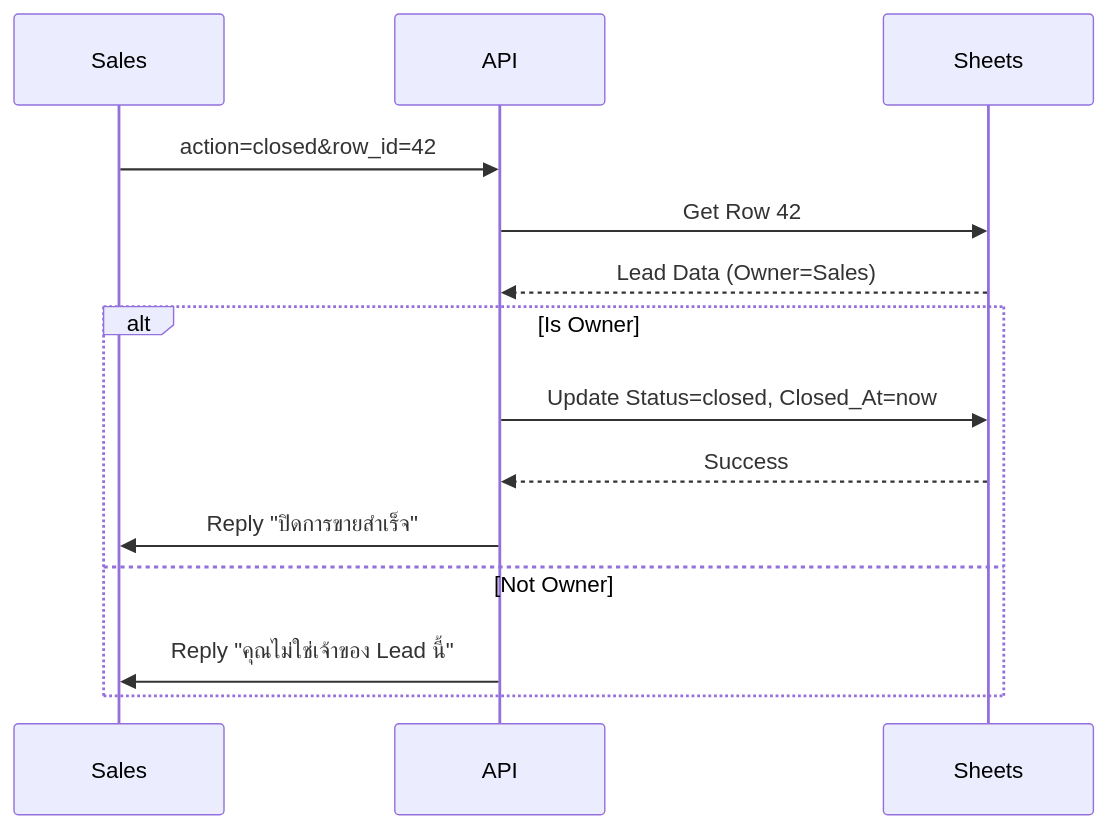
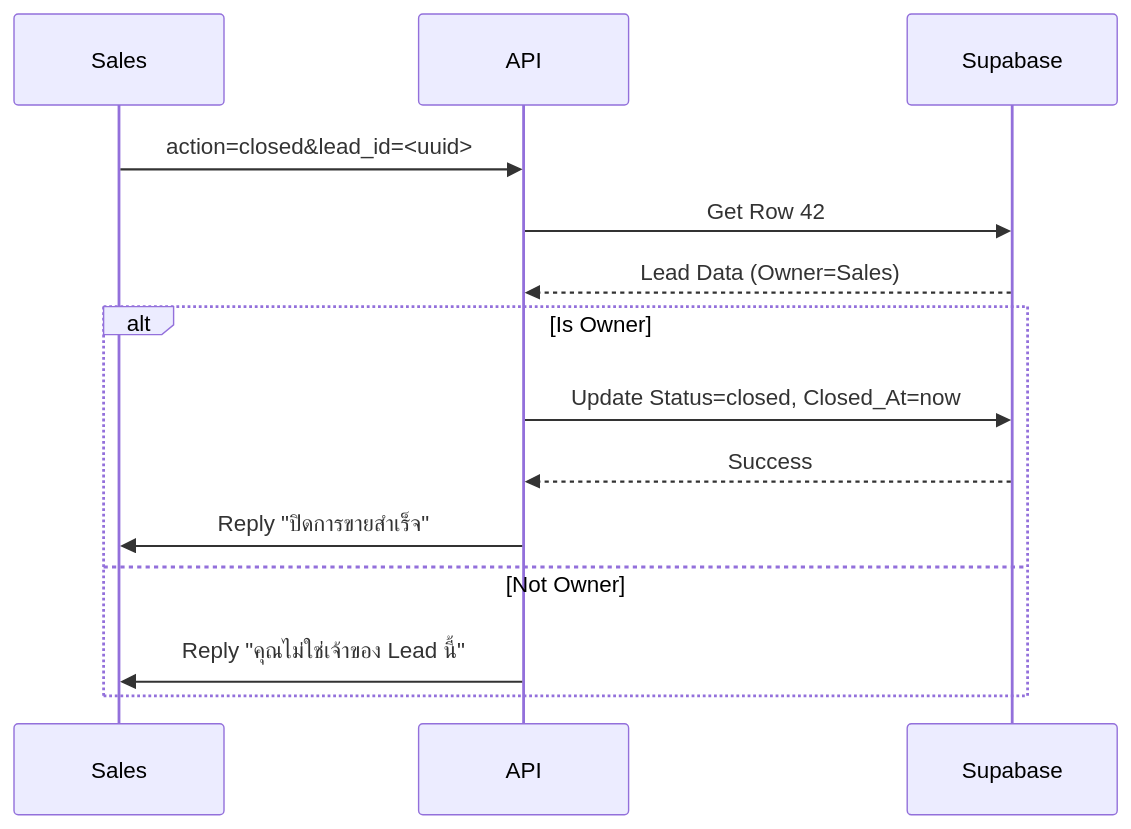
One commit to Jirawatpyk/ENEOS-Sales-Automation changed the second of 5 diagrams in docs/data-flow.md. Above: the diagram before and after it, drawn with Mermaid. The commit also changed other lines of this file and 40 other files, not shown here.

First line of the commit message:
feat: cleanup Google Sheets dependencies + update all docs to Supabase (Story 9-4)

````diff
--- a/docs/data-flow.md
+++ b/docs/data-flow.md
@@ -163,18 +163,18 @@
 ```mermaid
 sequenceDiagram
     participant S as Sales
     participant API as API
-    participant DB as Sheets
+    participant DB as Supabase
 
-    S->>API: action=closed&row_id=42
+    S->>API: action=closed&lead_id=<uuid>
     API->>DB: Get Row 42
     DB-->>API: Lead Data (Owner=Sales)
 
     alt Is Owner
         API->>DB: Update Status=closed, Closed_At=now
         DB-->>API: Success
         API->>S: Reply "ปิดการขายสำเร็จ"
     else Not Owner
         API->>S: Reply "คุณไม่ใช่เจ้าของ Lead นี้"
     end
 ```
````
